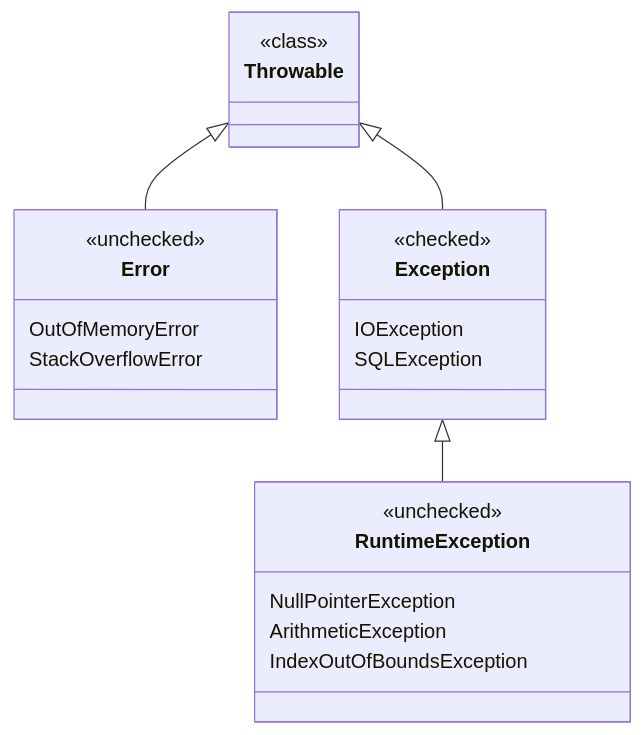
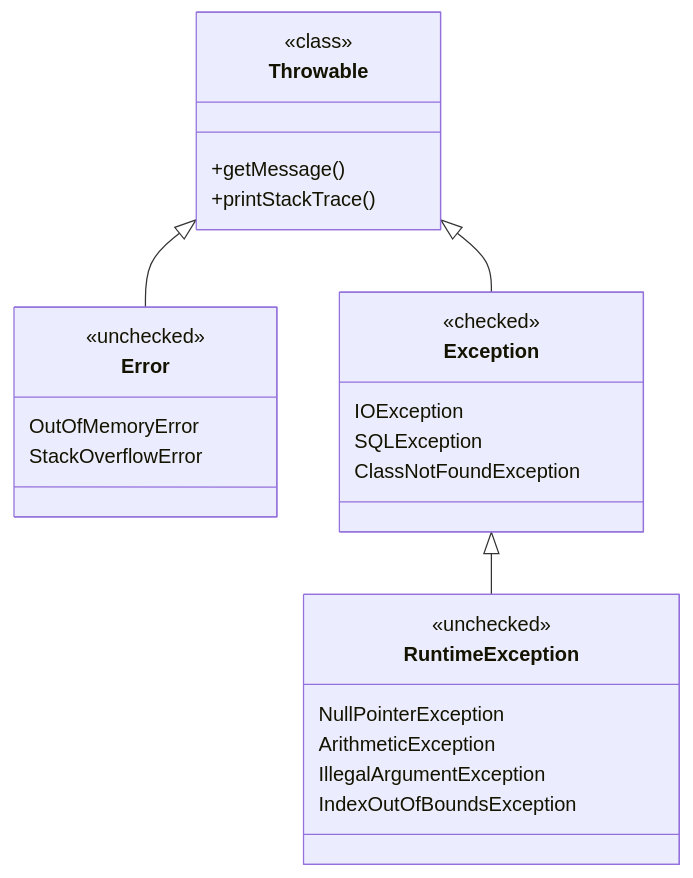
One commit to thiagosantos346/TCE-GO-2027 changed the third of 8 diagrams in fontes_de_estudo/conhecimentos_especificos_b02_ti/05_desenvolvimento_de_sistemas/02_linguagens_java_javascript_nodejs_python.md. Above: the diagram before and after it, drawn with Mermaid. The commit also changed other lines of this file and 119 other files, not shown here.

````diff
--- a/fontes_de_estudo/conhecimentos_especificos_b02_ti/05_desenvolvimento_de_sistemas/02_linguagens_java_javascript_nodejs_python.md
+++ b/fontes_de_estudo/conhecimentos_especificos_b02_ti/05_desenvolvimento_de_sistemas/02_linguagens_java_javascript_nodejs_python.md
@@ -86,25 +177,29 @@
 ```mermaid
 classDiagram
     class Throwable {
         <<class>>
+        +getMessage()
+        +printStackTrace()
     }
     class Error {
         <<unchecked>>
         OutOfMemoryError
         StackOverflowError
     }
     class Exception {
         <<checked>>
         IOException
         SQLException
+        ClassNotFoundException
     }
     class RuntimeException {
         <<unchecked>>
         NullPointerException
         ArithmeticException
+        IllegalArgumentException
         IndexOutOfBoundsException
     }
     Throwable <|-- Error
     Throwable <|-- Exception
     Exception <|-- RuntimeException
 ```
````
